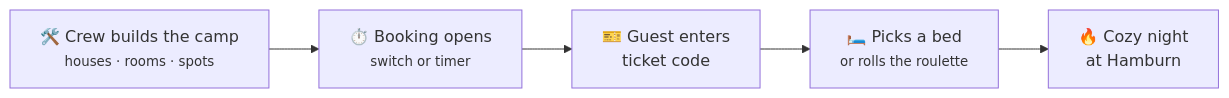
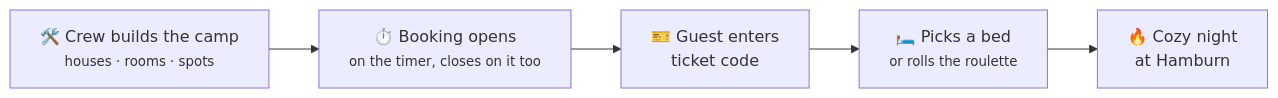
One commit to MorpheusMXML/hamburn-cozynights changed the diagram in docs/index.md. Above: the diagram before and after it, drawn with Mermaid. The commit also changed other lines of this file and 16 other files, not shown here.

````diff
--- a/docs/index.md
+++ b/docs/index.md
@@ -69,9 +69,9 @@
 ```mermaid
 flowchart LR
   build["🛠️ Crew builds the camp<br/><small>houses · rooms · spots</small>"]
-  open["⏱️ Booking opens<br/><small>switch or timer</small>"]
+  open["⏱️ Booking opens<br/><small>on the timer, closes on it too</small>"]
   code["🎫 Guest enters<br/>ticket code"]
   pick["🛏️ Picks a bed<br/><small>or rolls the roulette</small>"]
   night["🔥 Cozy night<br/>at Hamburn"]
   build --> open --> code --> pick --> night
 ```
````
